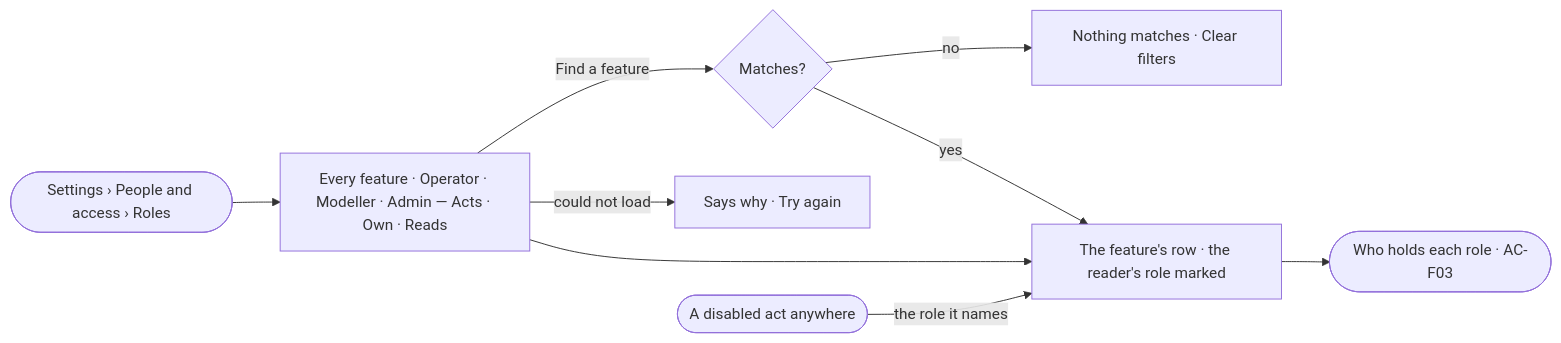
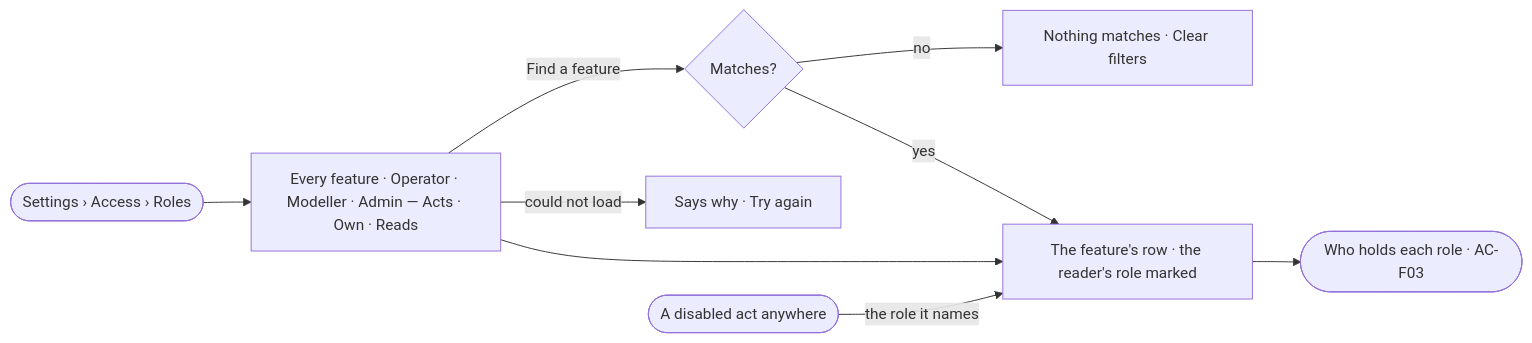
Before and after one commit to invana/invana: the diagram in specs/os/access/features/AC-F02-access-policies/stories/AC-19-read-what-each-role-may-do/story.md, drawn with Mermaid. The commit also changed 106 other files, not shown here.

````diff
--- a/specs/os/access/features/AC-F02-access-policies/stories/AC-19-read-what-each-role-may-do/story.md
+++ b/specs/os/access/features/AC-F02-access-policies/stories/AC-19-read-what-each-role-may-do/story.md
@@ -26,11 +26,11 @@
 ```mermaid
 flowchart LR
-  s([Settings › People and access › Roles]) --> t["Every feature · Operator · Modeller · Admin — Acts · Own · Reads"]
+  s([Settings › Access › Roles]) --> t["Every feature · Operator · Modeller · Admin — Acts · Own · Reads"]
   t -->|Find a feature| f{"Matches?"}
   f -->|no| e["Nothing matches · Clear filters"]
   f -->|yes| row["The feature's row · the reader's role marked"]
   t --> row
   row --> who(["Who holds each role · AC-F03"])
   t -->|could not load| x["Says why · Try again"]
   d([A disabled act anywhere]) -->|the role it names| row
 ```
````
